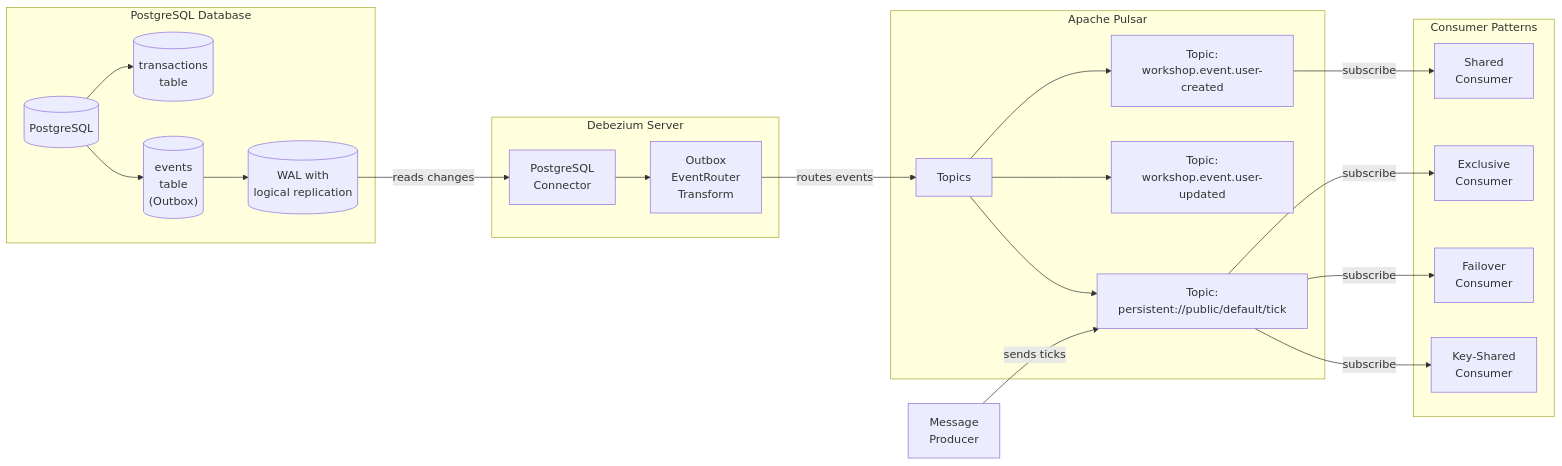
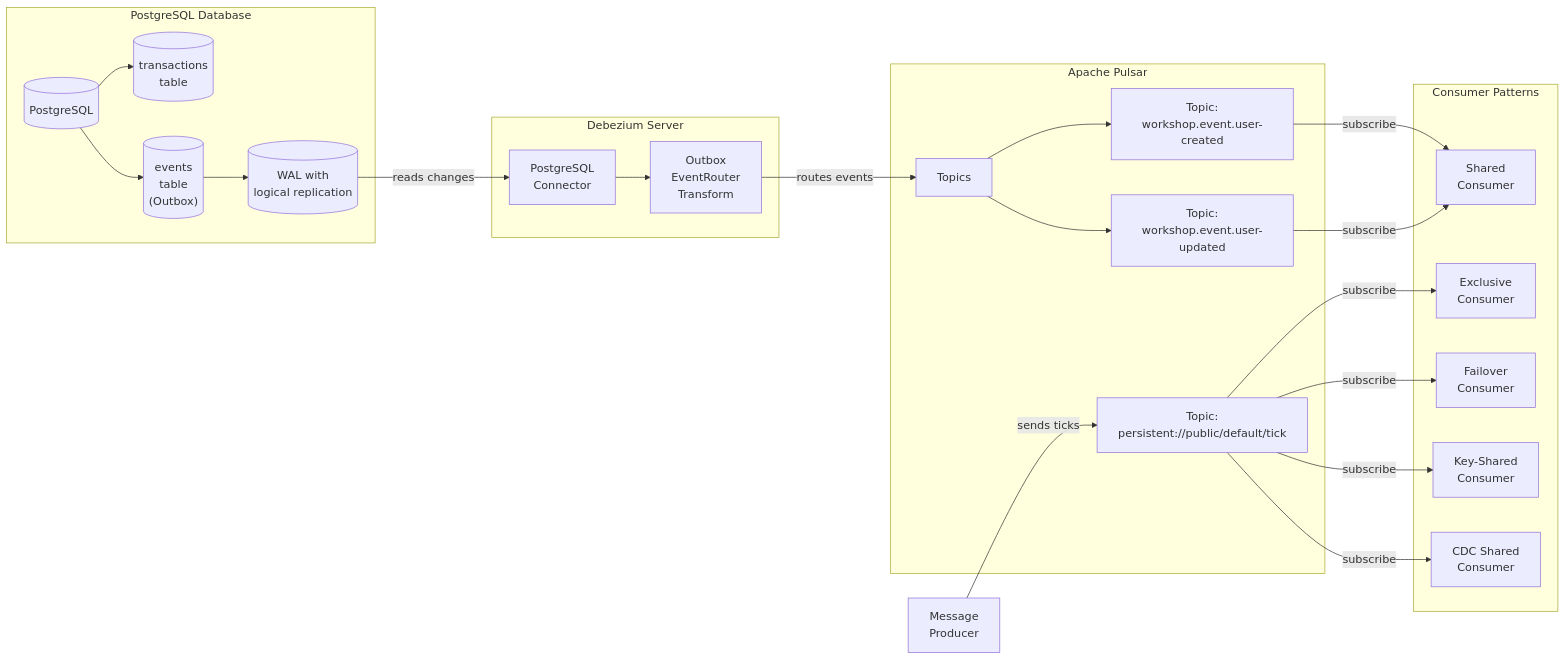
One commit to abbudao/workshop-cdc changed the diagram in README.md. Above: the diagram before and after it, drawn with Mermaid.

Commit message:
Update README.md to better reflect the diagram

````diff
--- a/README.md
+++ b/README.md
@@ -33,73 +33,78 @@
 ```mermaid
 flowchart LR
     classDef database fill:#f5f5f5,stroke:#999,stroke-width:2px
     classDef component fill:#d6eaf8,stroke:#3498db,stroke-width:2px
     classDef messaging fill:#e8f8f5,stroke:#1abc9c,stroke-width:2px
     classDef consumer fill:#fef9e7,stroke:#f1c40f,stroke-width:2px
     
     subgraph PostgreSQL["PostgreSQL Database"]
         class PostgreSQL database
         pg[("PostgreSQL")]
         transactions[("transactions
 table")]
         events[("events
 table
 (Outbox)")]
         wal[("WAL with
 logical replication")]
         
         pg --> transactions
         pg --> events
         events --> wal
     end
     
     subgraph Debezium["Debezium Server"]
         class Debezium component
         connector["PostgreSQL
 Connector"]
         transform["Outbox
 EventRouter
 Transform"]
         
         connector --> transform
     end
     
     subgraph Pulsar["Apache Pulsar"]
         class Pulsar messaging
         topics["Topics"]
         
         event_topic_1["Topic:
 workshop.event.user-created"]
         event_topic_2["Topic:
 workshop.event.user-updated"]
         event_topic_3["Topic:
 persistent://public/default/tick"]
         
         topics --> event_topic_1
         topics --> event_topic_2
-        topics --> event_topic_3
     end
     
     subgraph Consumers["Consumer Patterns"]
         class Consumers consumer
         exclusive["Exclusive
 Consumer"]
         failover["Failover
 Consumer"]
         key_shared["Key-Shared
 Consumer"]
         shared["Shared
+Consumer"]
+        cdc_shared_consumer["CDC Shared
 Consumer"]
     end
     
     Producer["Message
 Producer"] -->|"sends ticks"| event_topic_3
     
     wal -->|"reads changes"| connector
     transform -->|"routes events"| topics
     
     event_topic_3 -->|"subscribe"| exclusive
     event_topic_3 -->|"subscribe"| failover
     event_topic_3 -->|"subscribe"| key_shared
     event_topic_1 -->|"subscribe"| shared
+    event_topic_2 -->|"subscribe"| shared
+    event_topic_3 -->|"subscribe"| cdc_shared_consumer
+
+
 ```
````
